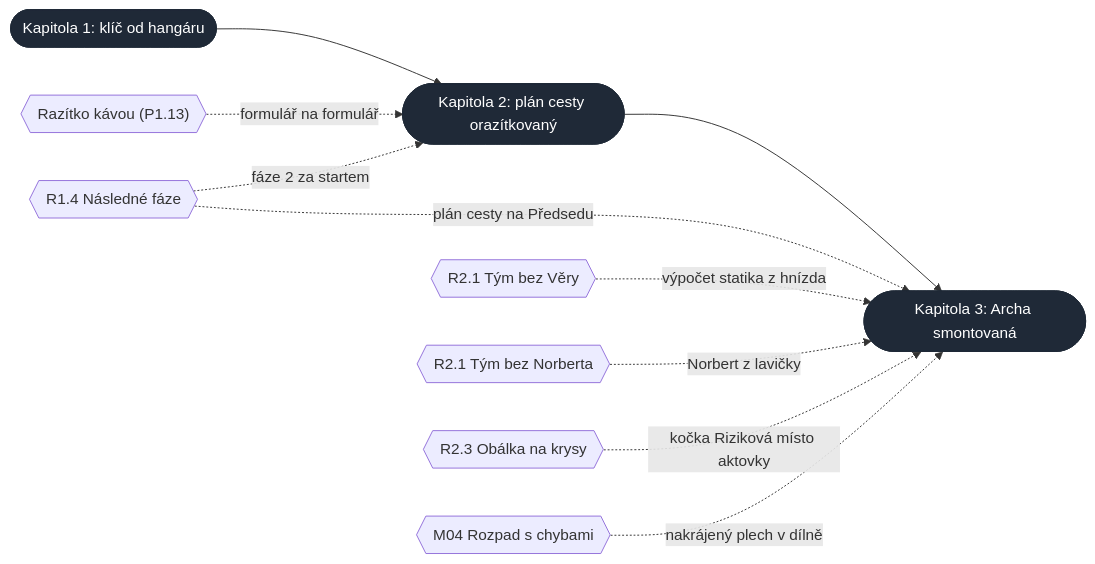
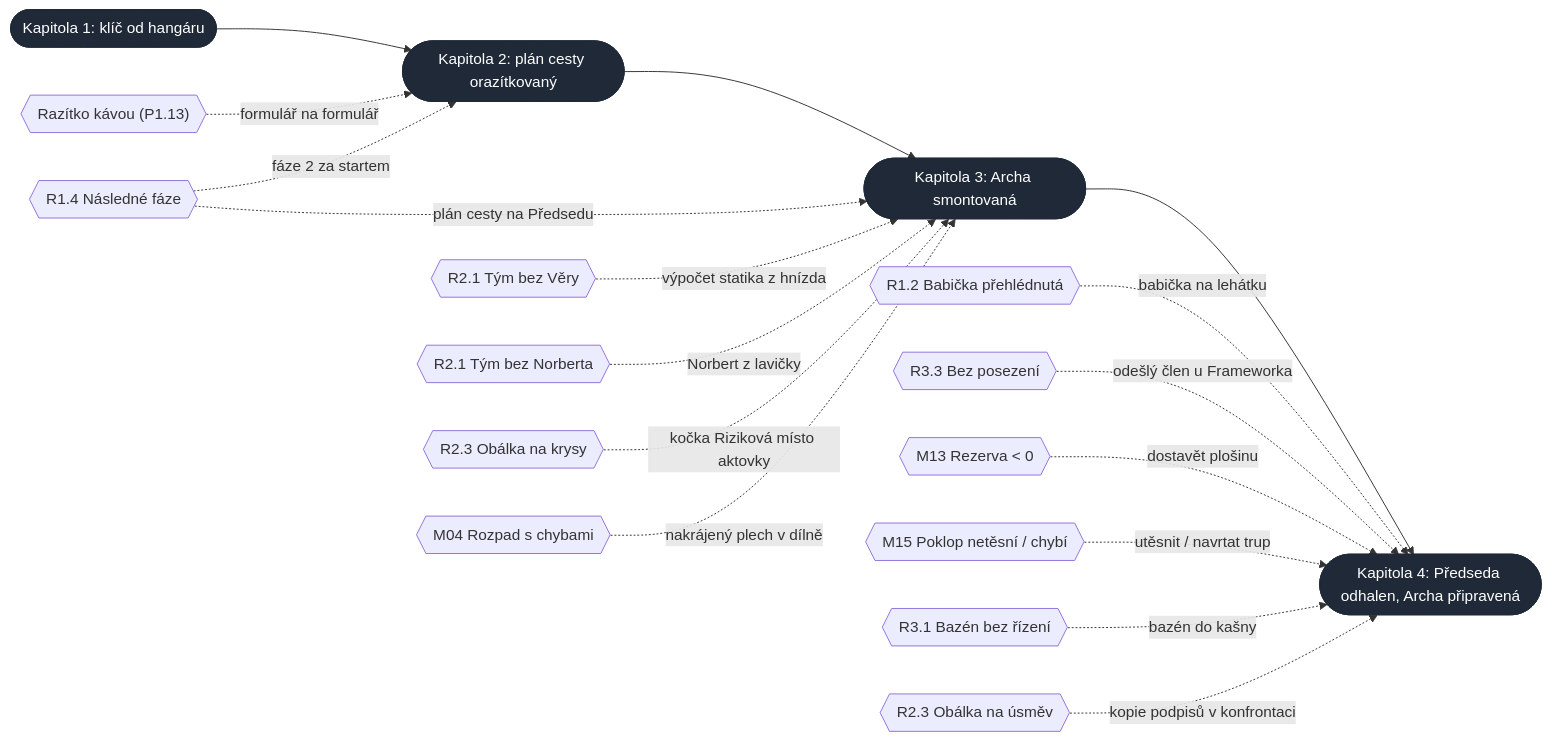
Before and after one commit to miroslavkrupa/games-termin-byl-vcera: the fifth of 5 diagrams in docs/13-graf-zavislosti.md, drawn with Mermaid. The commit also changed other lines of this file and 13 other files, not shown here.

````diff
--- a/docs/13-graf-zavislosti.md
+++ b/docs/13-graf-zavislosti.md
@@ -571,13 +818,20 @@
 ```mermaid
 flowchart LR
   k1(["Kapitola 1: klíč od hangáru"]) --> k2(["Kapitola 2: plán cesty orazítkovaný"]) --> k3(["Kapitola 3: Archa smontovaná"])
   r_kava{{"Razítko kávou (P1.13)"}} -.->|formulář na formulář| k2
   r14{{"R1.4 Následné fáze"}} -.->|fáze 2 za startem| k2
   r14 -.->|plán cesty na Předsedu| k3
   r21{{"R2.1 Tým bez Věry"}} -.->|výpočet statika z hnízda| k3
   r21n{{"R2.1 Tým bez Norberta"}} -.->|Norbert z lavičky| k3
   r23{{"R2.3 Obálka na krysy"}} -.->|kočka Riziková místo aktovky| k3
   m04{{"M04 Rozpad s chybami"}} -.->|nakrájený plech v dílně| k3
+  k3 --> k4(["Kapitola 4: Předseda odhalen, Archa připravená"])
+  r12{{"R1.2 Babička přehlédnutá"}} -.->|babička na lehátku| k4
+  r33{{"R3.3 Bez posezení"}} -.->|odešlý člen u Frameworka| k4
+  m13{{"M13 Rezerva < 0"}} -.->|dostavět plošinu| k4
+  m15{{"M15 Poklop netěsní / chybí"}} -.->|utěsnit / navrtat trup| k4
+  r31{{"R3.1 Bazén bez řízení"}} -.->|bazén do kašny| k4
+  r23u{{"R2.3 Obálka na úsměv"}} -.->|kopie podpisů v konfrontaci| k4
   classDef kap fill:#1f2937,stroke:#1f2937,color:#ffffff
-  class k1,k2,k3 kap
+  class k1,k2,k3,k4 kap
 ```
````
